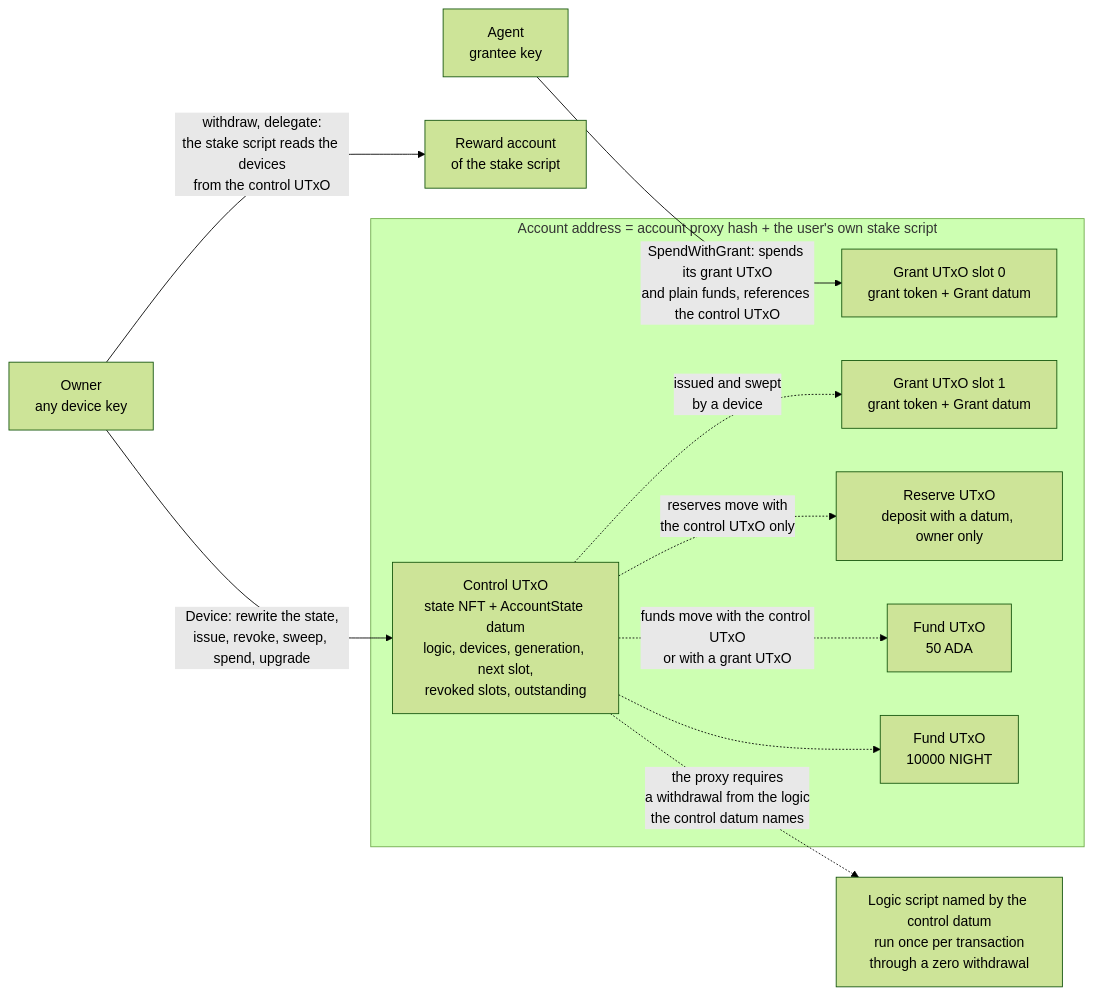
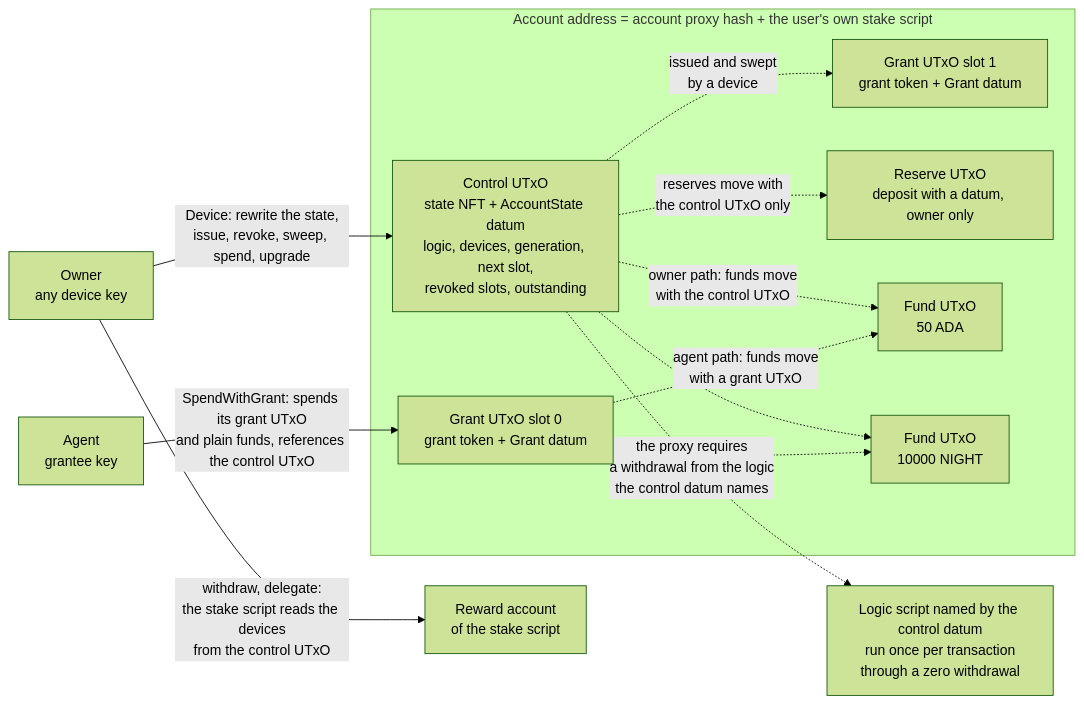
One commit to Biglup/cardano-account-custody-contract changed the first of 7 diagrams in README.md. Above: the diagram before and after it, drawn with Mermaid (forest theme). The commit also changed other lines of this file and 1 other file, not shown here.

````diff
--- a/README.md
+++ b/README.md
@@ -44,21 +44,23 @@
 ```mermaid
 flowchart LR
     subgraph addr["Account address = account proxy hash + the user's own stake script"]
         control["Control UTxO<br/>state NFT + AccountState datum<br/>logic, devices, generation, next slot,<br/>revoked slots, outstanding"]
         g1["Grant UTxO slot 0<br/>grant token + Grant datum"]
         g2["Grant UTxO slot 1<br/>grant token + Grant datum"]
         r1["Reserve UTxO<br/>deposit with a datum, owner only"]
         f1["Fund UTxO<br/>50 ADA"]
         f2["Fund UTxO<br/>10000 NIGHT"]
     end
     logic["Logic script named by the control datum<br/>run once per transaction<br/>through a zero withdrawal"]
     rewards["Reward account<br/>of the stake script"]
     owner["Owner<br/>any device key"] -- "Device: rewrite the state,<br/>issue, revoke, sweep, spend, upgrade" --> control
     agent["Agent<br/>grantee key"] -- "SpendWithGrant: spends its grant UTxO<br/>and plain funds, references the control UTxO" --> g1
     owner -- "withdraw, delegate:<br/>the stake script reads the devices<br/>from the control UTxO" --> rewards
     control -. "the proxy requires<br/>a withdrawal from the logic<br/>the control datum names" .-> logic
-    control -. "funds move with the control UTxO<br/>or with a grant UTxO" .-> f1
+    control -. "owner path: funds move<br/>with the control UTxO" .-> f1
     control -.-> f2
+    g1 -. "agent path: funds move<br/>with a grant UTxO" .-> f1
+    g1 -.-> f2
     control -. "reserves move with<br/>the control UTxO only" .-> r1
     control -. "issued and swept<br/>by a device" .-> g2
 ```
````
